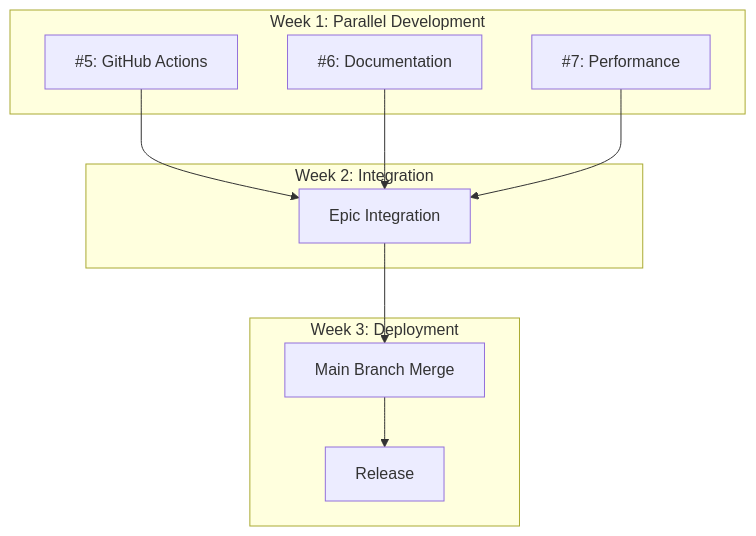
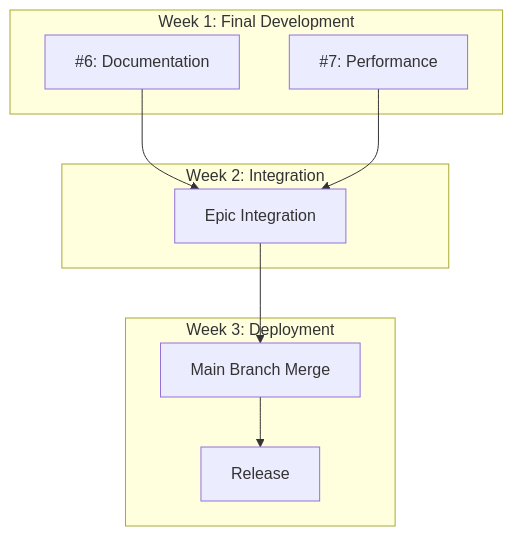
One commit to info-tech-io/hugo-templates changed the fifth of 5 diagrams in docs/epic-progress-visual.md. Above: the diagram before and after it, drawn with Mermaid. The commit also changed other lines of this file, not shown here.

First line of the commit message:
Update Epic Progress: Child Issue #5 GitHub Actions Optimization Completed

````diff
--- a/docs/epic-progress-visual.md
+++ b/docs/epic-progress-visual.md
@@ -171,23 +177,21 @@
 ```mermaid
 graph TB
-    subgraph "Week 1: Parallel Development"
-        G[#5: GitHub Actions]
+    subgraph "Week 1: Final Development"
         D[#6: Documentation]
         P[#7: Performance]
     end
 
     subgraph "Week 2: Integration"
         I[Epic Integration]
     end
 
     subgraph "Week 3: Deployment"
         M[Main Branch Merge]
         R[Release]
     end
 
-    G --> I
     D --> I
     P --> I
     I --> M
     M --> R
 ```
````
